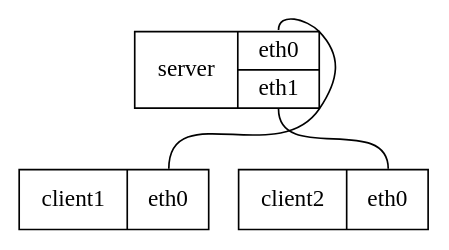
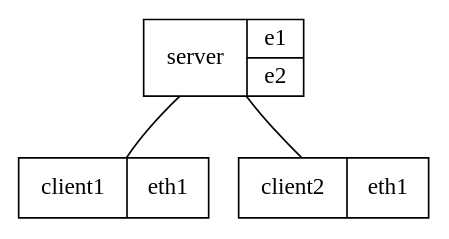
Before and after one commit to wkz/qeneth: the first of 2 diagrams in README.md, drawn with Graphviz. The commit also changed other lines of this file and 1 other file, not shown here.

First line of the commit message:
Update with tutorial with non-Classic example and custom MACs

````diff
--- a/README.md
+++ b/README.md
@@ -63,14 +62,16 @@
 ```.dot
 graph "tutorial" {
-        node [shape=record];
-        qn_template="infix-x86_64-classic";
-        qn_append="quiet";
+    node [shape=record];
+    qn_template="infix-x86_64";
+    qn_append="quiet";
+    qn_mem="512M";
+    qn_oui="00:a0:85";
 
-        server [label="server | { <eth0> eth0 | <eth1> eth1 }"];
-        client1 [label="client1 | { <eth0> eth0 }"];
-        client2 [label="client2 | { <eth0> eth0 }"];
+    server [label="server   | { <e1> e1 | <e2> e2 }", qn_basemac="00:07:7c:00:00:00"];
+    client1 [label="client1 | { <eth1> eth1 }"];
+    client2 [label="client2 | { <eth1> eth1 }"];
 
-        server:eth0 -- client1:eth0;
-        server:eth1 -- client2:eth0;
+    server:eth0 -- client1:eth0 [qn_tailmac="00:07:7c:12:34:56", qn_headmac="08:00:20:c0:ff:ee"];
+    server:eth1 -- client2:eth0;
 }
 ```
````
